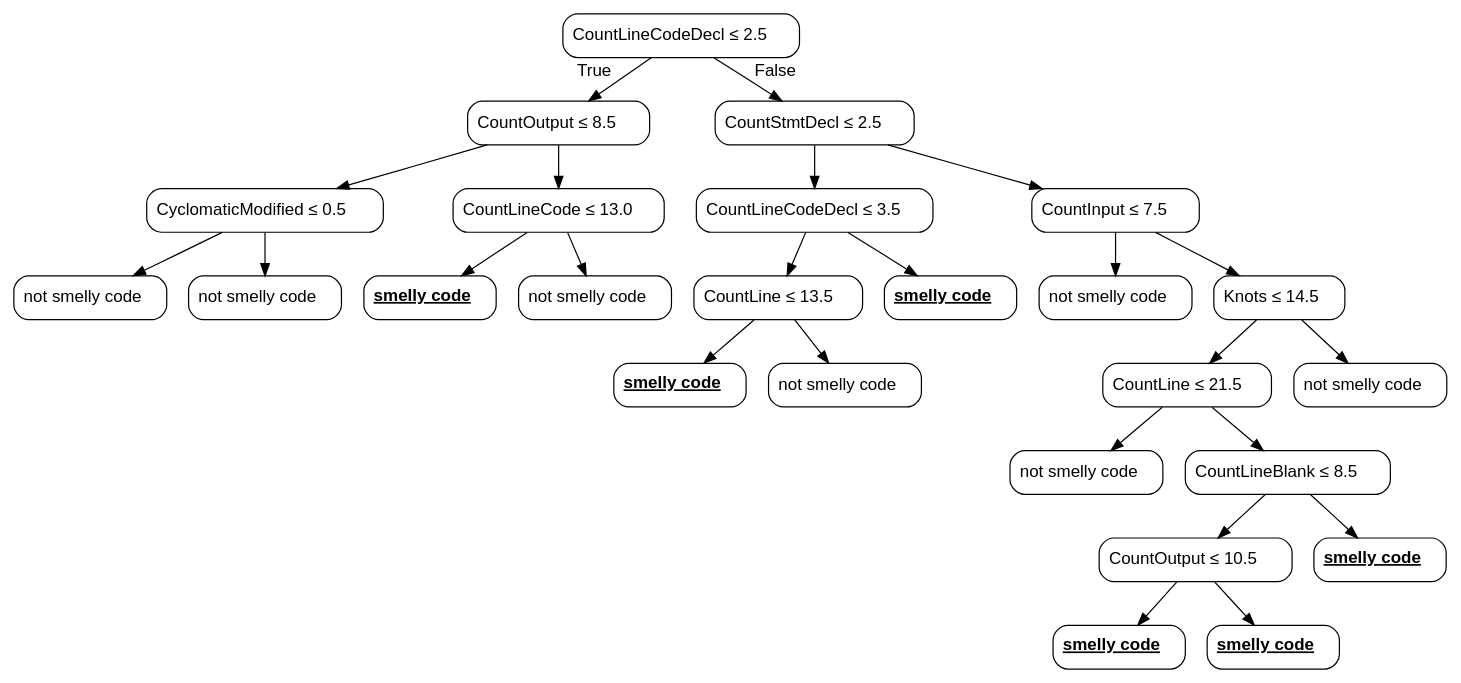
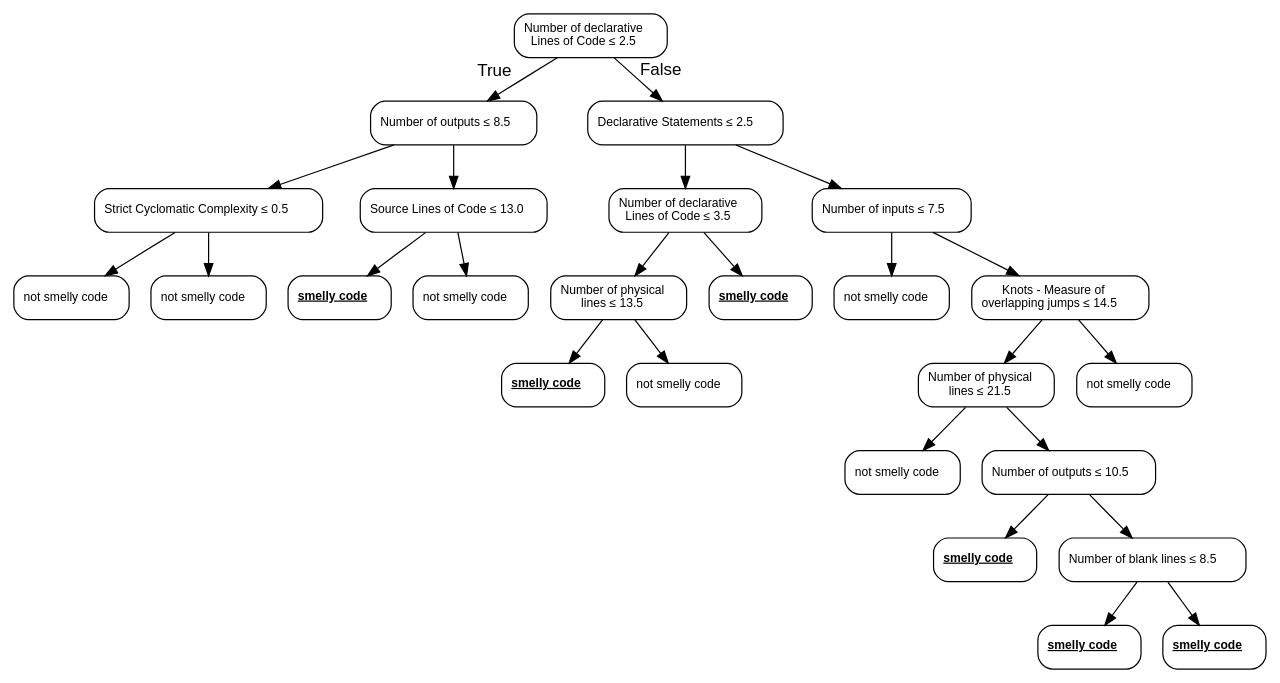
The diagram in artefatos/models/dt/lpl/dot/13.dot (christianorossini/masterProject), drawn with Graphviz before and after one commit. The commit also changed 19 other files, not shown here.

```diff
--- a/artefatos/models/dt/lpl/dot/13.dot
+++ b/artefatos/models/dt/lpl/dot/13.dot
@@ -1,53 +1,53 @@
 digraph Tree {
-node [color="black", fontname=helvetica, shape=box, style="rounded"];
+node [color="black", fontname=helvetica, shape=box, style="rounded", width=0.5, fontsize=10];
 edge [fontname=helvetica];
-0 [label=<CountLineCodeDecl &le; 2.5>];
-1 [label=<CountOutput &le; 8.5>];
+0 [label=<Number of declarative<br/> Lines of Code &le; 2.5>];
+1 [label=<Number of outputs &le; 8.5>];
 0 -> 1  [headlabel="True", labelangle=45, labeldistance="2.5"];
-13 [label=<CyclomaticModified &le; 0.5>];
+13 [label=<Strict Cyclomatic Complexity &le; 0.5>];
 1 -> 13;
 19 [label=<not smelly code>];
 13 -> 19;
 20 [label=<not smelly code>];
 13 -> 20;
-14 [label=<CountLineCode &le; 13.0>];
+14 [label=<Source Lines of Code &le; 13.0>];
 1 -> 14;
 15 [label=<<u><b>smelly code</b></u>>];
 14 -> 15;
 16 [label=<not smelly code>];
 14 -> 16;
-2 [label=<CountStmtDecl &le; 2.5>];
+2 [label=<Declarative Statements &le; 2.5>];
 0 -> 2  [headlabel="False", labelangle="-45", labeldistance="2.5"];
-3 [label=<CountLineCodeDecl &le; 3.5>];
+3 [label=<Number of declarative<br/> Lines of Code &le; 3.5>];
 2 -> 3;
-7 [label=<CountLine &le; 13.5>];
+7 [label=<Number of physical<br/> lines &le; 13.5>];
 3 -> 7;
 9 [label=<<u><b>smelly code</b></u>>];
 7 -> 9;
 10 [label=<not smelly code>];
 7 -> 10;
 8 [label=<<u><b>smelly code</b></u>>];
 3 -> 8;
-4 [label=<CountInput &le; 7.5>];
+4 [label=<Number of inputs &le; 7.5>];
 2 -> 4;
 5 [label=<not smelly code>];
 4 -> 5;
-6 [label=<Knots &le; 14.5>];
+6 [label=<Knots - Measure of <br/> overlapping jumps &le; 14.5>];
 4 -> 6;
-11 [label=<CountLine &le; 21.5>];
+11 [label=<Number of physical<br/> lines &le; 21.5>];
 6 -> 11;
 17 [label=<not smelly code>];
 11 -> 17;
-18 [label=<CountLineBlank &le; 8.5>];
+18 [label=<Number of outputs &le; 10.5>];
 11 -> 18;
-21 [label=<CountOutput &le; 10.5>];
+21 [label=<<u><b>smelly code</b></u>>];
 18 -> 21;
+22 [label=<Number of blank lines &le; 8.5>];
+18 -> 22;
 23 [label=<<u><b>smelly code</b></u>>];
-21 -> 23;
+22 -> 23;
 24 [label=<<u><b>smelly code</b></u>>];
-21 -> 24;
-22 [label=<<u><b>smelly code</b></u>>];
-18 -> 22;
+22 -> 24;
 12 [label=<not smelly code>];
 6 -> 12;
 }
```
